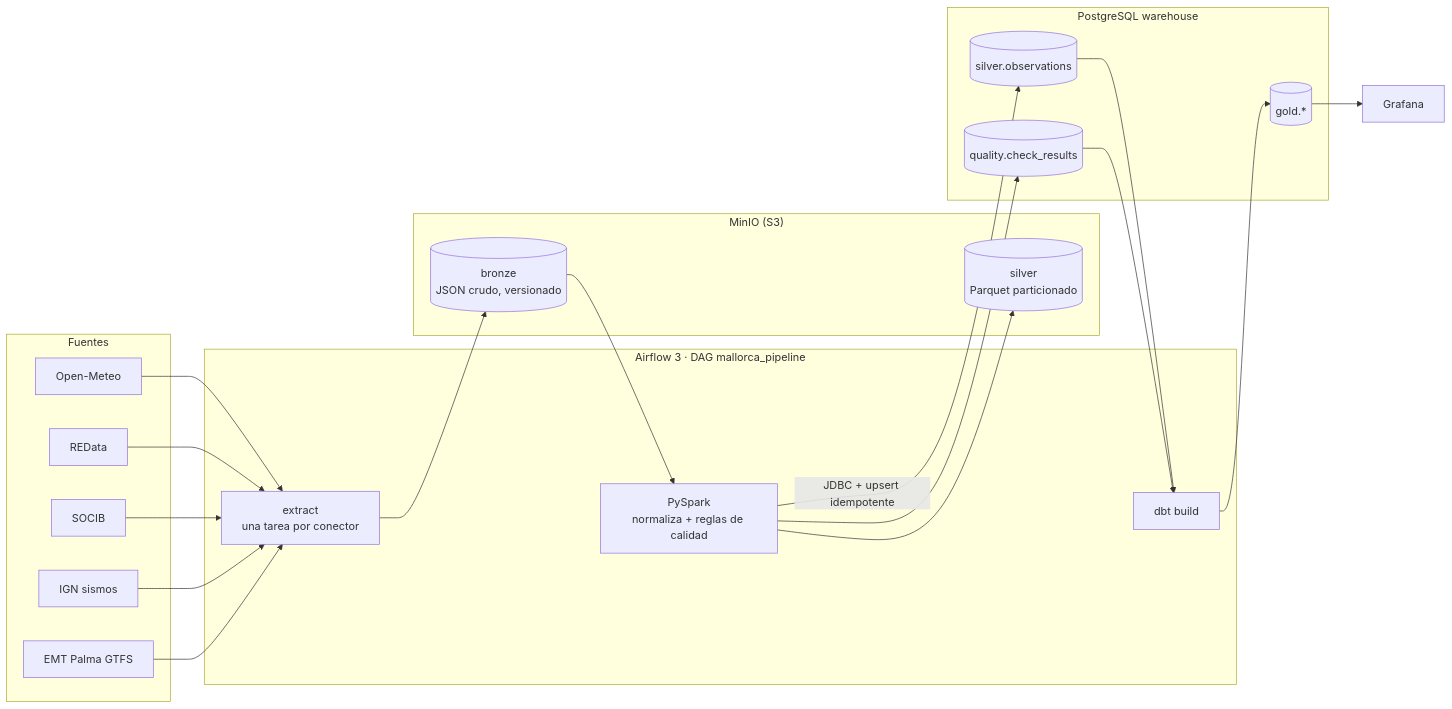
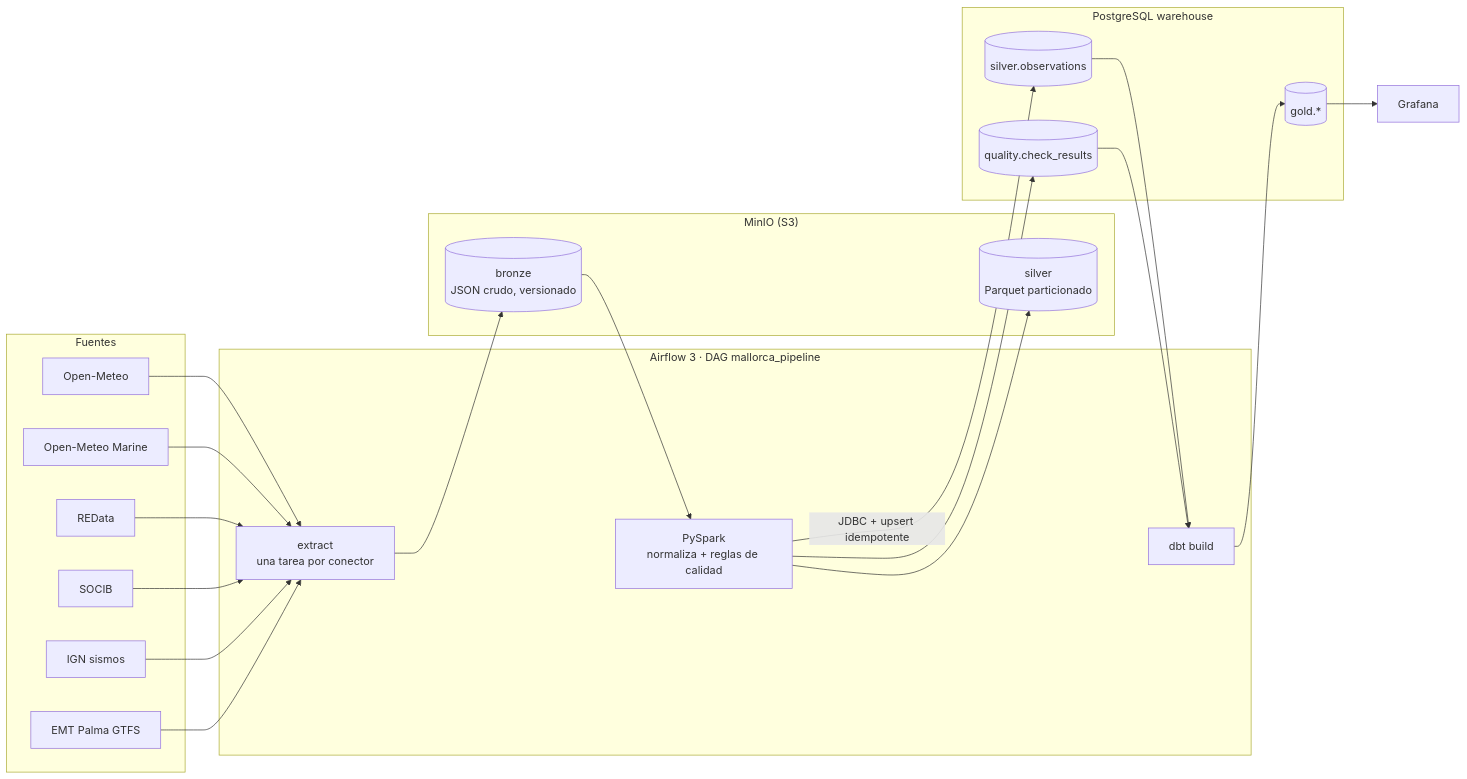
One commit to AlexandreColl/MallorcaDataPlatform changed the diagram in README.md. Above: the diagram before and after it, drawn with Mermaid. The commit also changed other lines of this file and 3 other files, not shown here.

Commit message:
📝 docs: Open-Meteo Marine connector

````diff
--- a/README.md
+++ b/README.md
@@ -20,30 +20,31 @@
 ```mermaid
 flowchart LR
     subgraph Fuentes
         OM[Open-Meteo]
+        OMM[Open-Meteo Marine]
         RD[REData]
         SO[SOCIB]
         IG[IGN sismos]
         EM[EMT Palma GTFS]
     end
     subgraph Airflow["Airflow 3 · DAG mallorca_pipeline"]
         EX[extract<br/>una tarea por conector]
         SP[PySpark<br/>normaliza + reglas de calidad]
         DBT[dbt build]
     end
     subgraph MinIO["MinIO (S3)"]
         BR[(bronze<br/>JSON crudo, versionado)]
         SL[(silver<br/>Parquet particionado)]
     end
     subgraph PG[PostgreSQL warehouse]
         SV[(silver.observations)]
         QC[(quality.check_results)]
         GD[(gold.*)]
     end
-    OM & RD & SO & IG & EM --> EX --> BR --> SP
+    OM & OMM & RD & SO & IG & EM --> EX --> BR --> SP
     SP --> SL
     SP -->|JDBC + upsert idempotente| SV
     SP --> QC
     SV & QC --> DBT --> GD --> GF[Grafana]
     classDef next stroke-dasharray: 5 5
 ```
````
